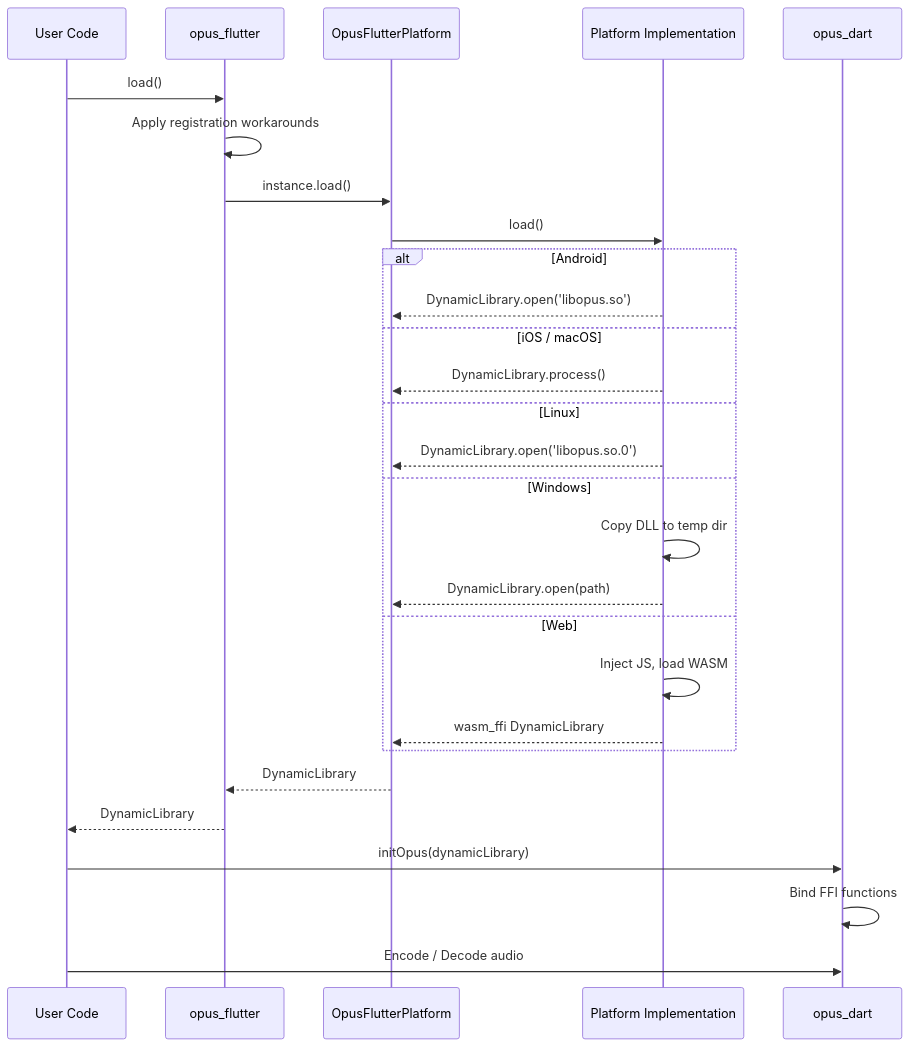
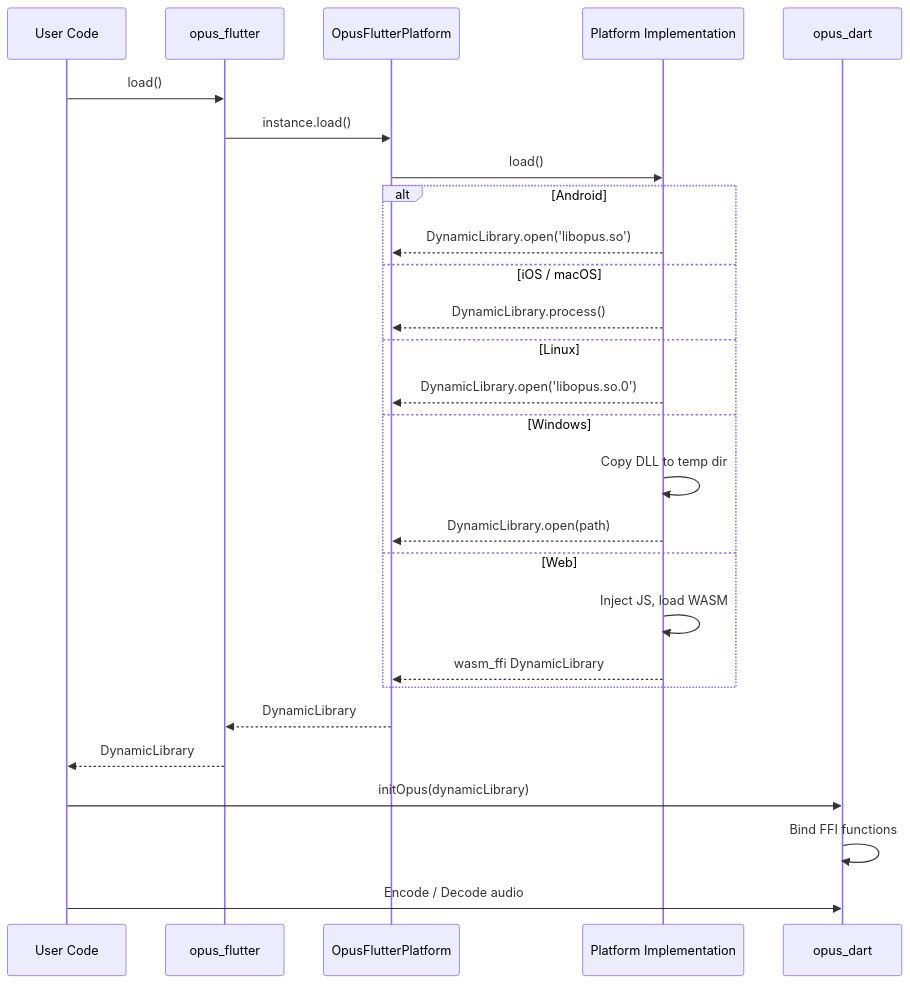
The fourth of 4 diagrams in docs/architecture.md (Corkscrews/opus_flutter), drawn with Mermaid before and after one commit. The commit also changed other lines of this file and 30 other files, not shown here.

````diff
--- a/docs/architecture.md
+++ b/docs/architecture.md
@@ -223,33 +211,32 @@
 ```mermaid
 sequenceDiagram
     participant App as User Code
     participant OF as opus_flutter
     participant PI as OpusFlutterPlatform
     participant Impl as Platform Implementation
     participant OD as opus_dart
 
     App->>OF: load()
-    OF->>OF: Apply registration workarounds
     OF->>PI: instance.load()
     PI->>Impl: load()
 
     alt Android
         Impl-->>PI: DynamicLibrary.open('libopus.so')
     else iOS / macOS
         Impl-->>PI: DynamicLibrary.process()
     else Linux
         Impl-->>PI: DynamicLibrary.open('libopus.so.0')
     else Windows
         Impl->>Impl: Copy DLL to temp dir
         Impl-->>PI: DynamicLibrary.open(path)
     else Web
         Impl->>Impl: Inject JS, load WASM
         Impl-->>PI: wasm_ffi DynamicLibrary
     end
 
     PI-->>OF: DynamicLibrary
     OF-->>App: DynamicLibrary
     App->>OD: initOpus(dynamicLibrary)
     OD->>OD: Bind FFI functions
     App->>OD: Encode / Decode audio
 ```
````
